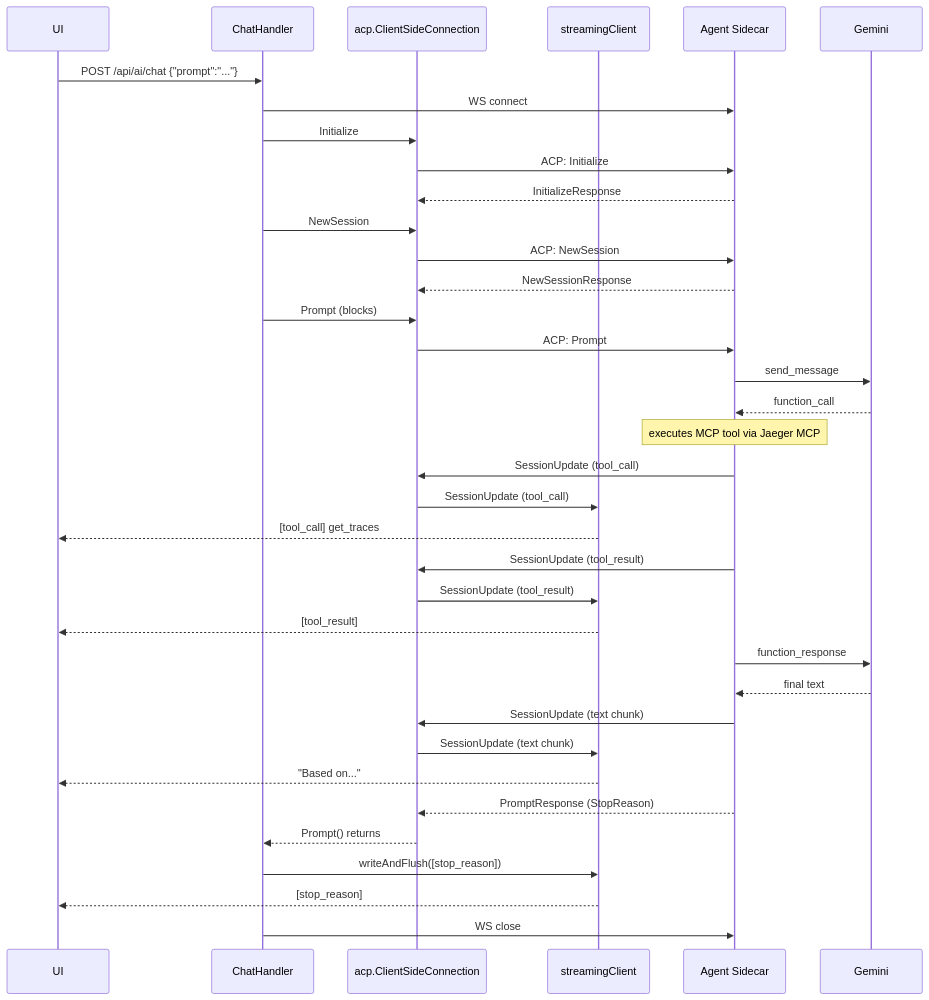
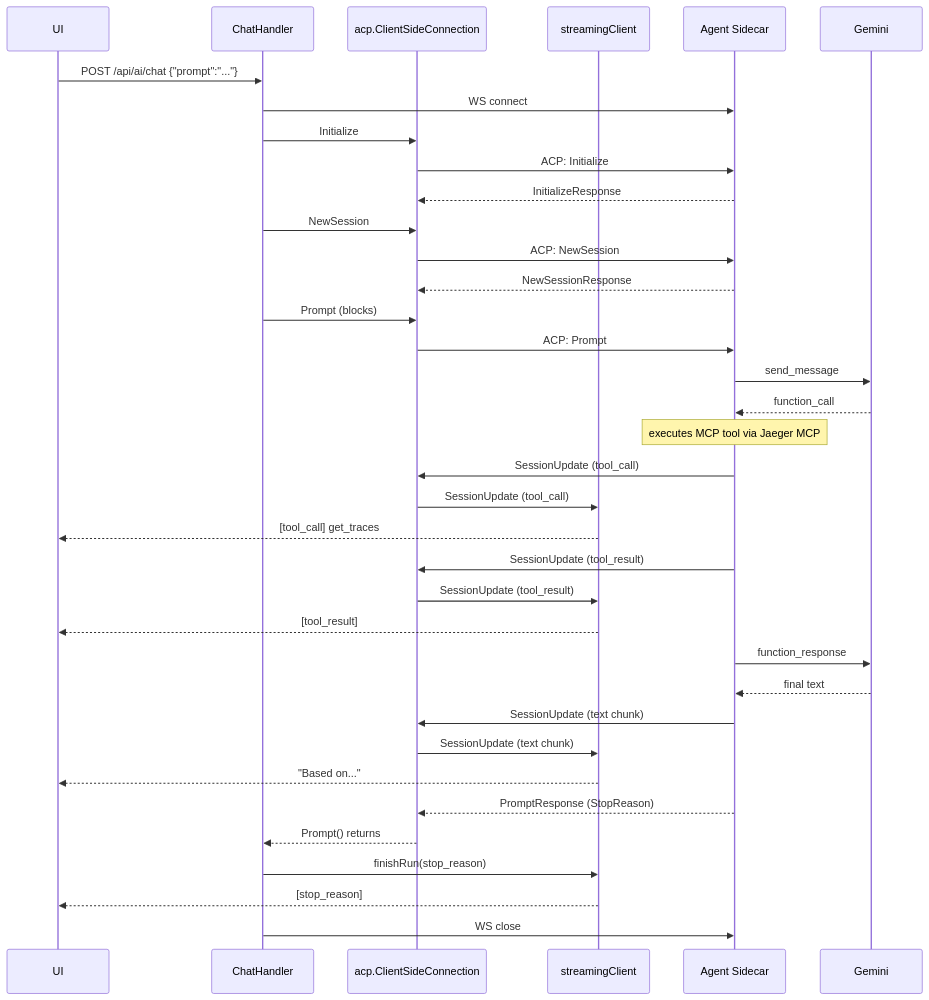
The second of 2 diagrams in cmd/jaeger/internal/extension/jaegerquery/internal/jaegerai/README.md (jaegertracing/jaeger), drawn with Mermaid before and after one commit. The commit also changed 5 other files, not shown here.

````diff
--- a/cmd/jaeger/internal/extension/jaegerquery/internal/jaegerai/README.md
+++ b/cmd/jaeger/internal/extension/jaegerquery/internal/jaegerai/README.md
@@ -74,42 +74,42 @@
 ```mermaid
 sequenceDiagram
     participant UI
     participant ChatHandler
     participant acpConn as acp.ClientSideConnection
     participant SC as streamingClient
     participant Sidecar as Agent Sidecar
     participant Gemini
 
     UI->>ChatHandler: POST /api/ai/chat {"prompt":"..."}
     ChatHandler->>Sidecar: WS connect
     ChatHandler->>acpConn: Initialize
     acpConn->>Sidecar: ACP: Initialize
     Sidecar-->>acpConn: InitializeResponse
     ChatHandler->>acpConn: NewSession
     acpConn->>Sidecar: ACP: NewSession
     Sidecar-->>acpConn: NewSessionResponse
     ChatHandler->>acpConn: Prompt (blocks)
     acpConn->>Sidecar: ACP: Prompt
 
     Sidecar->>Gemini: send_message
     Gemini-->>Sidecar: function_call
     Note over Sidecar: executes MCP tool via Jaeger MCP
     Sidecar->>acpConn: SessionUpdate (tool_call)
     acpConn->>SC: SessionUpdate (tool_call)
     SC-->>UI: [tool_call] get_traces
     Sidecar->>acpConn: SessionUpdate (tool_result)
     acpConn->>SC: SessionUpdate (tool_result)
     SC-->>UI: [tool_result]
     Sidecar->>Gemini: function_response
     Gemini-->>Sidecar: final text
 
     Sidecar->>acpConn: SessionUpdate (text chunk)
     acpConn->>SC: SessionUpdate (text chunk)
     SC-->>UI: "Based on..."
 
     Sidecar-->>acpConn: PromptResponse (StopReason)
     acpConn-->>ChatHandler: Prompt() returns
-    ChatHandler->>SC: writeAndFlush([stop_reason])
+    ChatHandler->>SC: finishRun(stop_reason)
     SC-->>UI: [stop_reason]
     ChatHandler->>Sidecar: WS close
 ```
````
